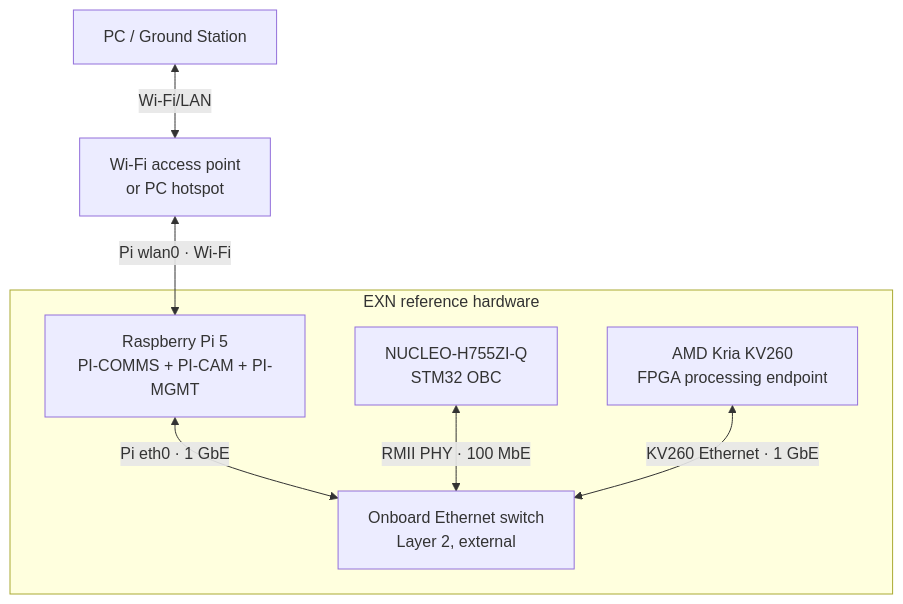
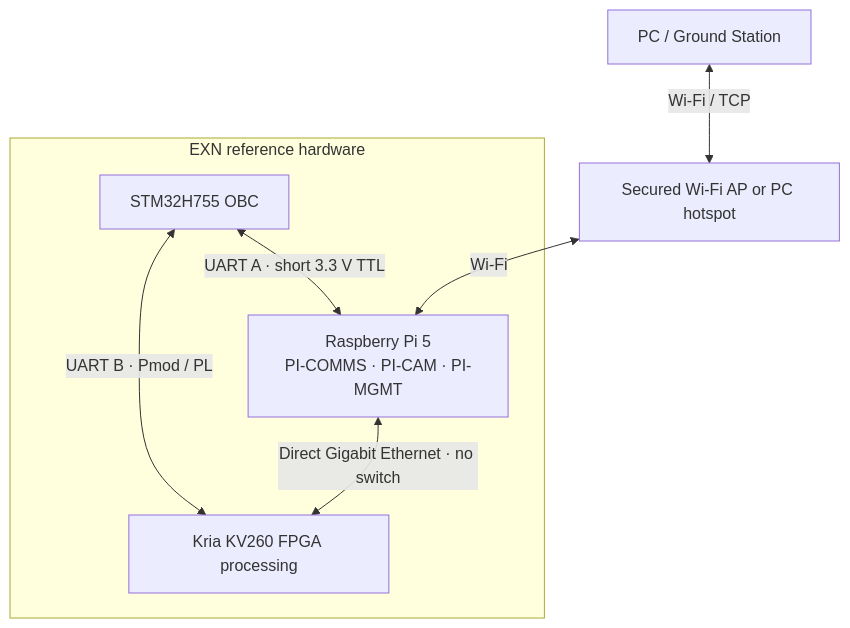
Before and after one commit to ExoSpaceLabs/exn: the first of 2 diagrams in docs/icd/inter-node-links.md, drawn with Mermaid. The commit also changed other lines of this file and 12 other files, not shown here.

First line of the commit message:
docs(exn): replace switched onboard Ethernet with dual UART control and direct Pi–KV260 data link (#9)

````diff
--- a/docs/icd/inter-node-links.md
+++ b/docs/icd/inter-node-links.md
@@ -15,19 +9,17 @@
 ```mermaid
 flowchart TB
-  PC["PC / Ground Station"]
-  AP["Wi-Fi access point<br/>or PC hotspot"]
+  GS["PC / Ground Station"]
+  WIFI["Secured Wi-Fi AP or PC hotspot"]
 
-  subgraph EXN["EXN reference hardware"]
-    PI["Raspberry Pi 5<br/>PI-COMMS + PI-CAM + PI-MGMT"]
-    SW["Onboard Ethernet switch<br/>Layer 2, external"]
-    MCU["NUCLEO-H755ZI-Q<br/>STM32 OBC"]
-    KV["AMD Kria KV260<br/>FPGA processing endpoint"]
+  subgraph BENCH["EXN reference hardware"]
+    PI["Raspberry Pi 5<br/>PI-COMMS · PI-CAM · PI-MGMT"]
+    OBC["STM32H755 OBC"]
+    KV["Kria KV260 FPGA processing"]
 
-    PI <-->|"Pi eth0 · 1 GbE"| SW
-    MCU <-->|"RMII PHY · 100 MbE"| SW
-    KV <-->|"KV260 Ethernet · 1 GbE"| SW
+    OBC <-->|"UART A · short 3.3 V TTL"| PI
+    OBC <-->|"UART B · Pmod / PL"| KV
+    PI <-->|"Direct Gigabit Ethernet · no switch"| KV
   end
-
-  PC <-->|"Wi-Fi/LAN"| AP
-  AP <-->|"Pi wlan0 · Wi-Fi"| PI
+  GS <-->|"Wi-Fi / TCP"| WIFI
+  WIFI <-->|"Wi-Fi"| PI
 ```
````
